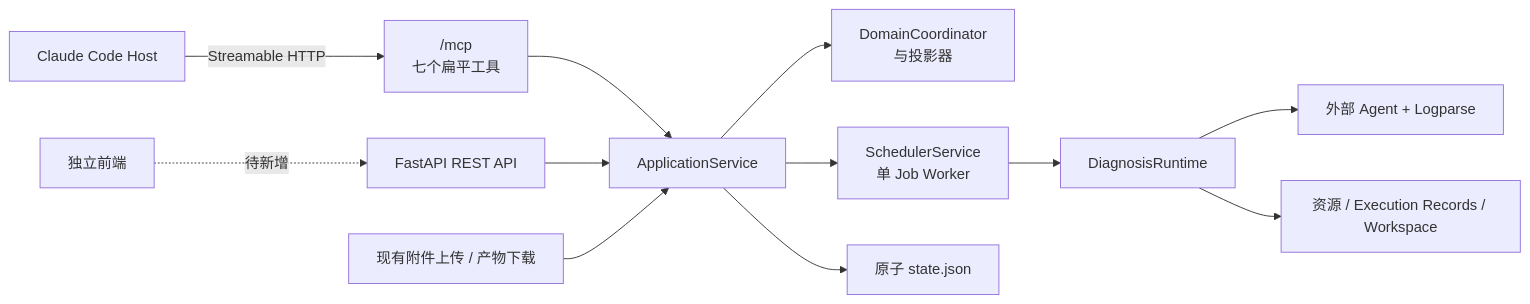
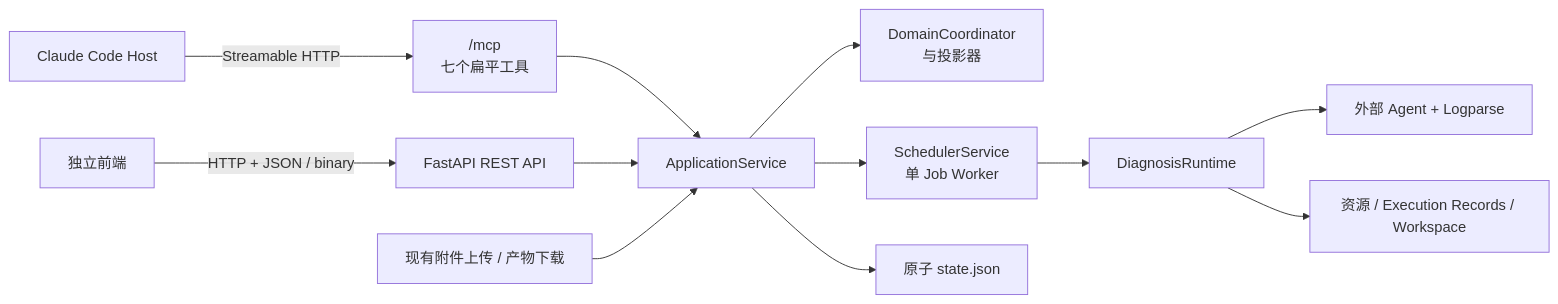
The diagram in design/web-fastapi-api-options.md (superdong1992/xiaodao), drawn with Mermaid before and after one commit. The commit also changed other lines of this file and 20 other files, not shown here.

Commit message:
Improve problem locator validation and test flow

````diff
--- a/design/web-fastapi-api-options.md
+++ b/design/web-fastapi-api-options.md
@@ -28,17 +31,17 @@
 ```mermaid
 flowchart LR
     Claude["Claude Code Host"] -->|"Streamable HTTP"| MCP["/mcp<br/>七个扁平工具"]
-    Frontend["独立前端"] -.->|"待新增"| REST["FastAPI REST API"]
+    Frontend["独立前端"] -->|"HTTP + JSON / binary"| REST["FastAPI REST API"]
 
     MCP --> App["ApplicationService"]
     REST --> App
     Files["现有附件上传 / 产物下载"] --> App
 
     App --> Domain["DomainCoordinator<br/>与投影器"]
     App --> Scheduler["SchedulerService<br/>单 Job Worker"]
     Scheduler --> Runtime["DiagnosisRuntime"]
     Runtime --> Agent["外部 Agent + Logparse"]
 
     App --> State["原子 state.json"]
     Runtime --> Storage["资源 / Execution Records / Workspace"]
 ```
````
